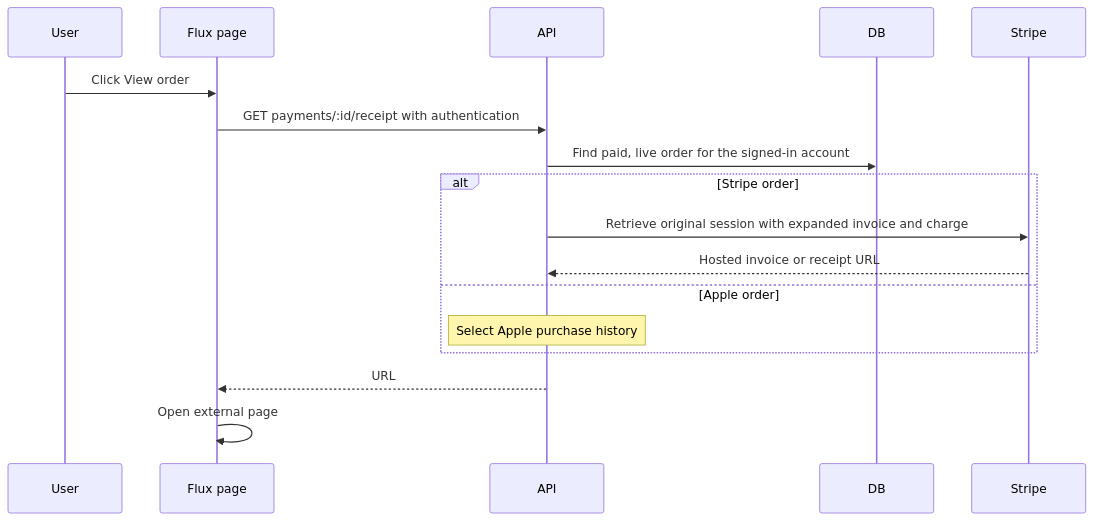
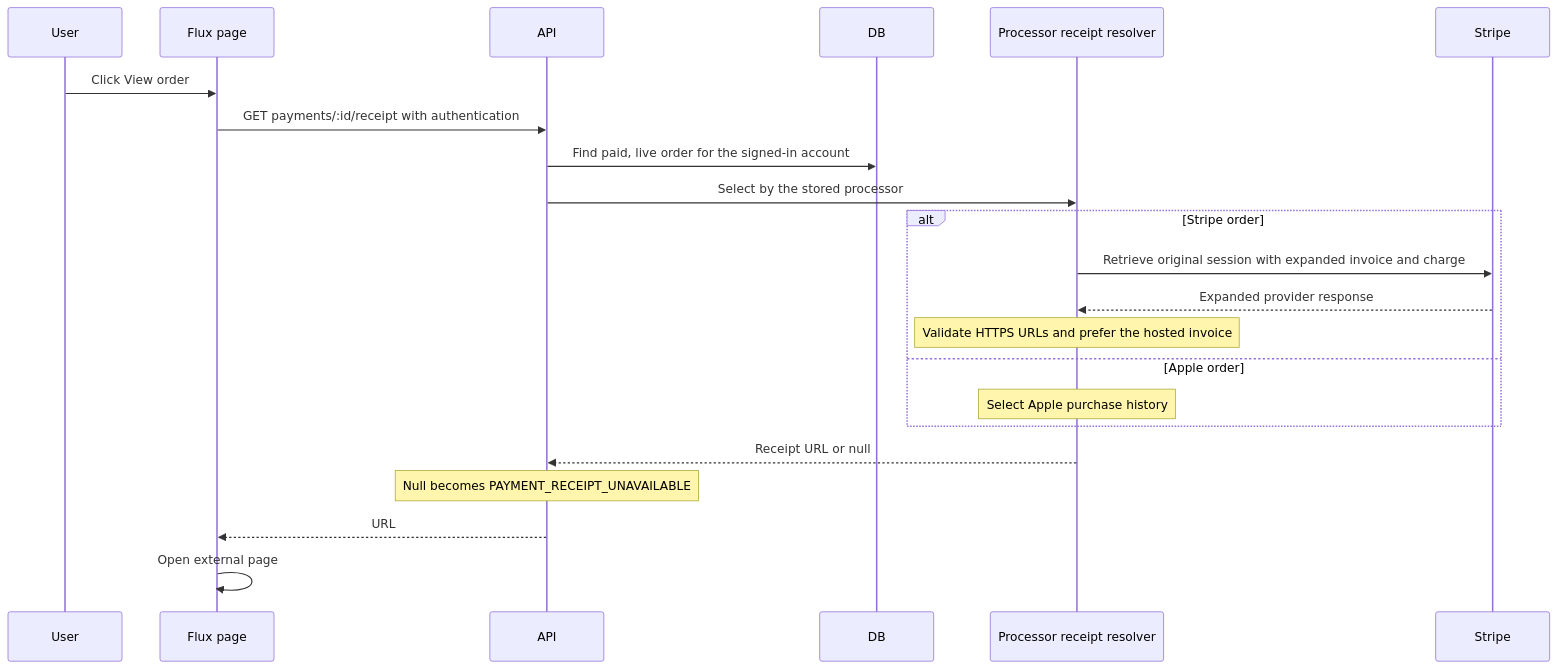
One commit to moeru-ai/airi changed the second of 2 diagrams in server/docs/ai/adr/2026-11-03-topup-order-receipts.md. Above: the diagram before and after it, drawn with Mermaid. The commit also changed other lines of this file and 6 other files, not shown here.

Commit message:
refactor(payment): register receipt resolvers

````diff
--- a/server/docs/ai/adr/2026-11-03-topup-order-receipts.md
+++ b/server/docs/ai/adr/2026-11-03-topup-order-receipts.md
@@ -64,19 +75,24 @@
 ```mermaid
 sequenceDiagram
   participant User
   participant Page as Flux page
   participant API
   participant DB
+  participant Resolver as Processor receipt resolver
   participant Stripe
   User->>Page: Click View order
   Page->>API: GET payments/:id/receipt with authentication
   API->>DB: Find paid, live order for the signed-in account
+  API->>Resolver: Select by the stored processor
   alt Stripe order
-    API->>Stripe: Retrieve original session with expanded invoice and charge
-    Stripe-->>API: Hosted invoice or receipt URL
+    Resolver->>Stripe: Retrieve original session with expanded invoice and charge
+    Stripe-->>Resolver: Expanded provider response
+    Note over Resolver: Validate HTTPS URLs and prefer the hosted invoice
   else Apple order
-    Note over API: Select Apple purchase history
+    Note over Resolver: Select Apple purchase history
   end
+  Resolver-->>API: Receipt URL or null
+  Note over API: Null becomes PAYMENT_RECEIPT_UNAVAILABLE
   API-->>Page: URL
   Page->>Page: Open external page
 ```
````
